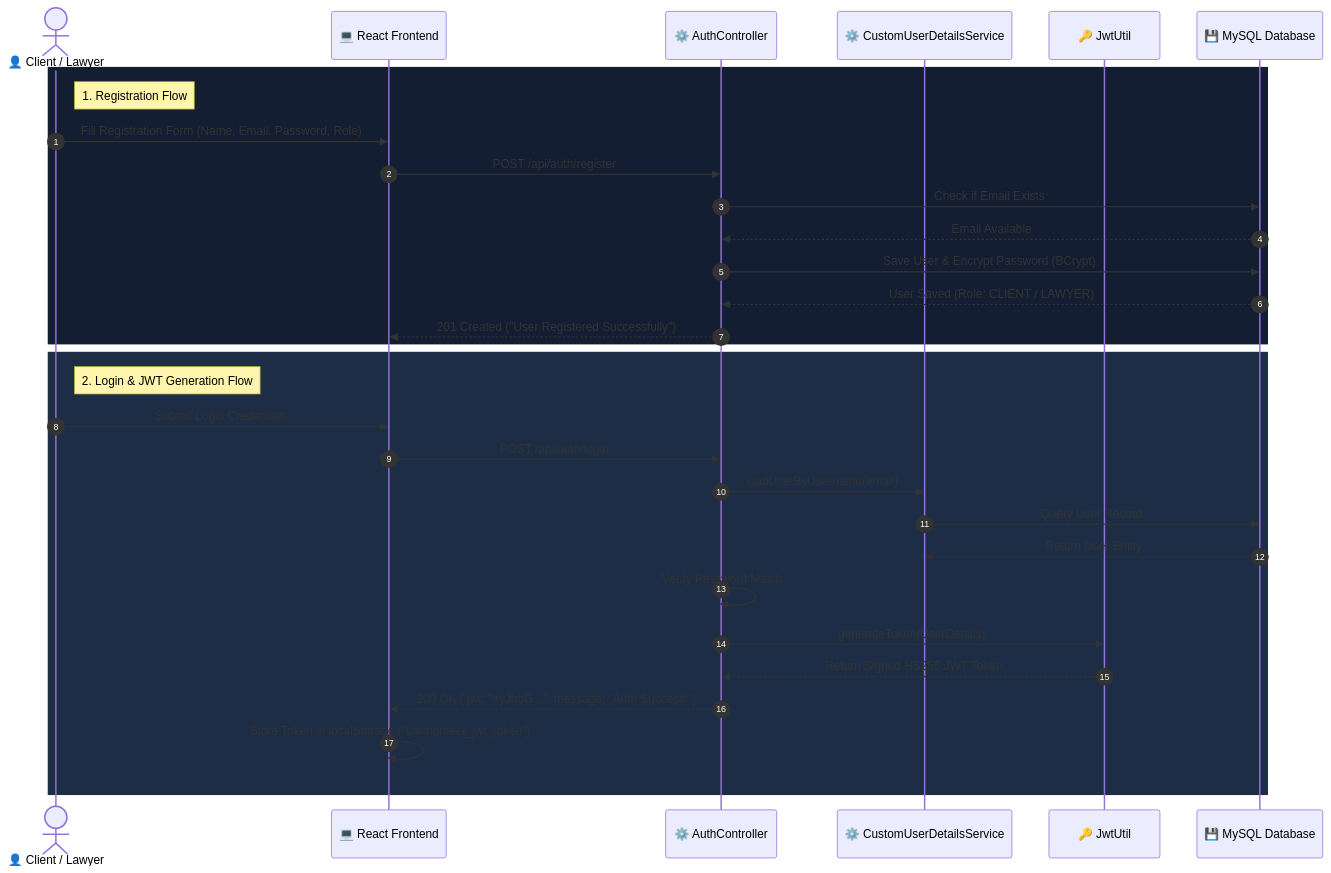
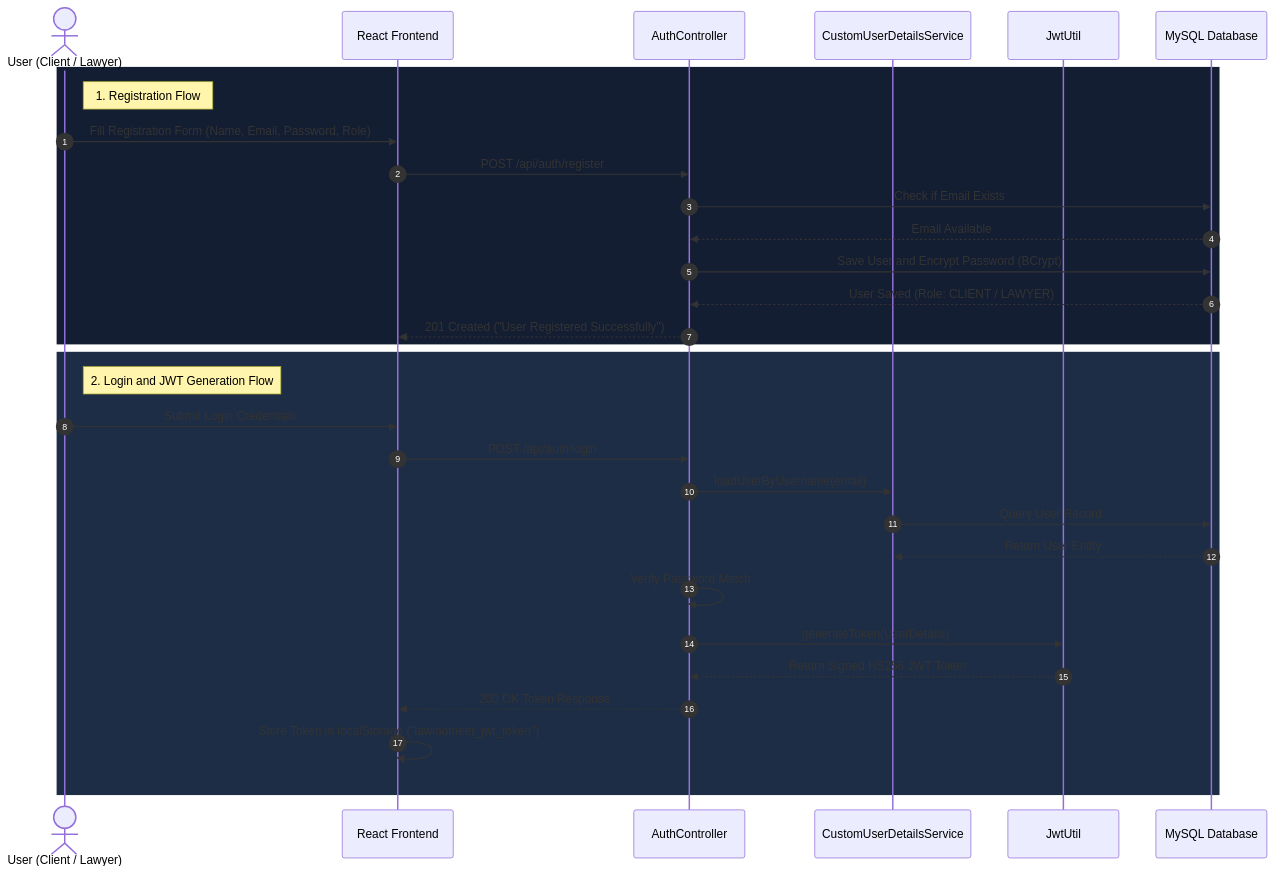
One commit to Shashanklko/Lawino-Meet changed the first of 6 diagrams in docs/WORKFLOWS.md. Above: the diagram before and after it, drawn with Mermaid. The commit also changed other lines of this file and 1 other file, not shown here.

Commit message:
fix: Update Mermaid syntax in ARCHITECTURE.md and WORKFLOWS.md for clean GitHub diagram rendering

````diff
--- a/docs/WORKFLOWS.md
+++ b/docs/WORKFLOWS.md
@@ -9,35 +9,35 @@
 ```mermaid
 sequenceDiagram
     autonumber
-    actor User as 👤 Client / Lawyer
-    participant ClientApp as 💻 React Frontend
-    participant AuthCtrl as ⚙️ AuthController
-    participant UserSvc as ⚙️ CustomUserDetailsService
-    participant JwtUtil as 🔑 JwtUtil
-    participant DB as 💾 MySQL Database
+    actor User as User (Client / Lawyer)
+    participant ClientApp as React Frontend
+    participant AuthCtrl as AuthController
+    participant UserSvc as CustomUserDetailsService
+    participant JwtUtil as JwtUtil
+    participant DB as MySQL Database
 
     rect rgb(20, 30, 50)
     note right of User: 1. Registration Flow
     User->>ClientApp: Fill Registration Form (Name, Email, Password, Role)
     ClientApp->>AuthCtrl: POST /api/auth/register
     AuthCtrl->>DB: Check if Email Exists
     DB-->>AuthCtrl: Email Available
-    AuthCtrl->>DB: Save User & Encrypt Password (BCrypt)
+    AuthCtrl->>DB: Save User and Encrypt Password (BCrypt)
     DB-->>AuthCtrl: User Saved (Role: CLIENT / LAWYER)
     AuthCtrl-->>ClientApp: 201 Created ("User Registered Successfully")
     end
 
     rect rgb(30, 45, 70)
-    note right of User: 2. Login & JWT Generation Flow
+    note right of User: 2. Login and JWT Generation Flow
     User->>ClientApp: Submit Login Credentials
     ClientApp->>AuthCtrl: POST /api/auth/login
     AuthCtrl->>UserSvc: loadUserByUsername(email)
     UserSvc->>DB: Query User Record
     DB-->>UserSvc: Return User Entity
     AuthCtrl->>AuthCtrl: Verify Password Match
     AuthCtrl->>JwtUtil: generateToken(UserDetails)
     JwtUtil-->>AuthCtrl: Return Signed HS256 JWT Token
-    AuthCtrl-->>ClientApp: 200 OK { jwt: "eyJhbG...", message: "Auth Success" }
+    AuthCtrl-->>ClientApp: 200 OK Token Response
     ClientApp->>ClientApp: Store Token in localStorage ("lawinomeet_jwt_token")
     end
 ```
````
